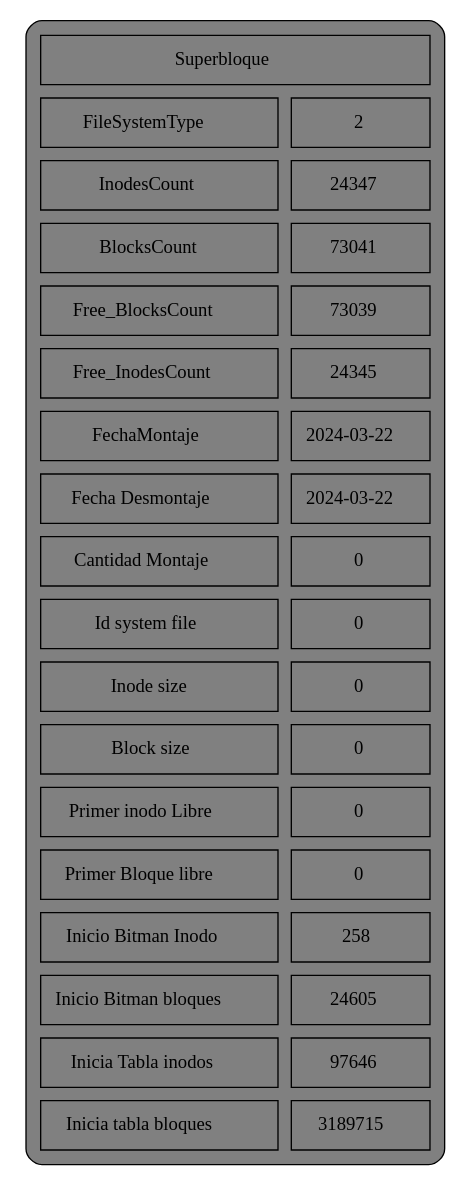
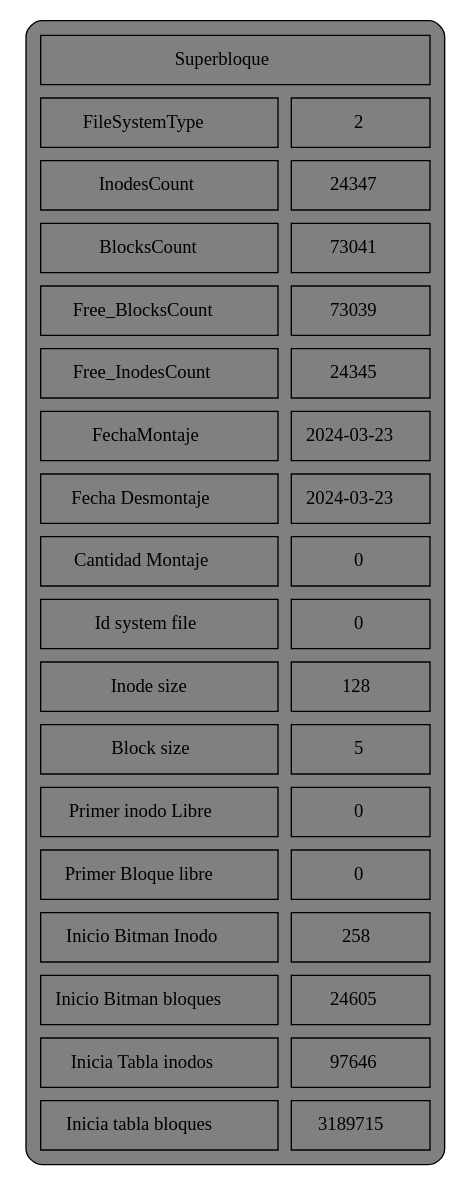
Before and after one commit to Jhonsagui81/MIA_P2_20210603: the diagram in reports/reporte1_sb.dot, drawn with Graphviz. The commit also changed 11 other files, not shown here.

```diff
--- a/reports/reporte1_sb.dot
+++ b/reports/reporte1_sb.dot
@@ -1,76 +1,76 @@
 digraph G {
 	a0 [shape=none label=<
 	<TABLE cellspacing="10" cellpadding="10" style="rounded" bgcolor="gray">
 		<tr>
 			<td colspan="2">Superbloque</td>
 		</tr>
 		<tr>
 			<td>FileSystemType</td>
 			<td>2</td>
 		</tr>
 		<tr>
 			<td>InodesCount</td>
 			<td>24347</td>
 		</tr>
 		<tr>
 			<td>BlocksCount</td>
 			<td>73041</td>
 		</tr>
 		<tr>
 			<td>Free_BlocksCount</td>
 			<td>73039</td>
 		</tr>
 		<tr>
 			<td>Free_InodesCount</td>
 			<td>24345</td>
 		</tr>
 		<tr>
 			<td>FechaMontaje</td>
-			<td>2024-03-22</td>
+			<td>2024-03-23</td>
 		</tr>
 		<tr>
 			<td>Fecha Desmontaje</td>
-			<td>2024-03-22</td>
+			<td>2024-03-23</td>
 		</tr>
 		<tr>
 			<td>Cantidad Montaje</td>
 			<td>0</td>
 		</tr>
 		<tr>
 			<td>Id system file</td>
 			<td>0</td>
 		</tr>
 		<tr>
 			<td>Inode size</td>
-			<td>0</td>
+			<td>128</td>
 		</tr>
 		<tr>
 			<td>Block size</td>
-			<td>0</td>
+			<td>5</td>
 		</tr>
 		<tr>
 			<td>Primer inodo Libre</td>
 			<td>0</td>
 		</tr>
 		<tr>
 			<td>Primer Bloque libre</td>
 			<td>0</td>
 		</tr>
 		<tr>
 			<td>Inicio Bitman Inodo</td>
 			<td>258</td>
 		</tr>
 		<tr>
 			<td>Inicio Bitman bloques</td>
 			<td>24605</td>
 		</tr>
 		<tr>
 			<td>Inicia Tabla inodos</td>
 			<td>97646</td>
 		</tr>
 		<tr>
 			<td>Inicia tabla bloques</td>
 			<td>3189715</td>
 		</tr>
 </TABLE>>];
 }
```
